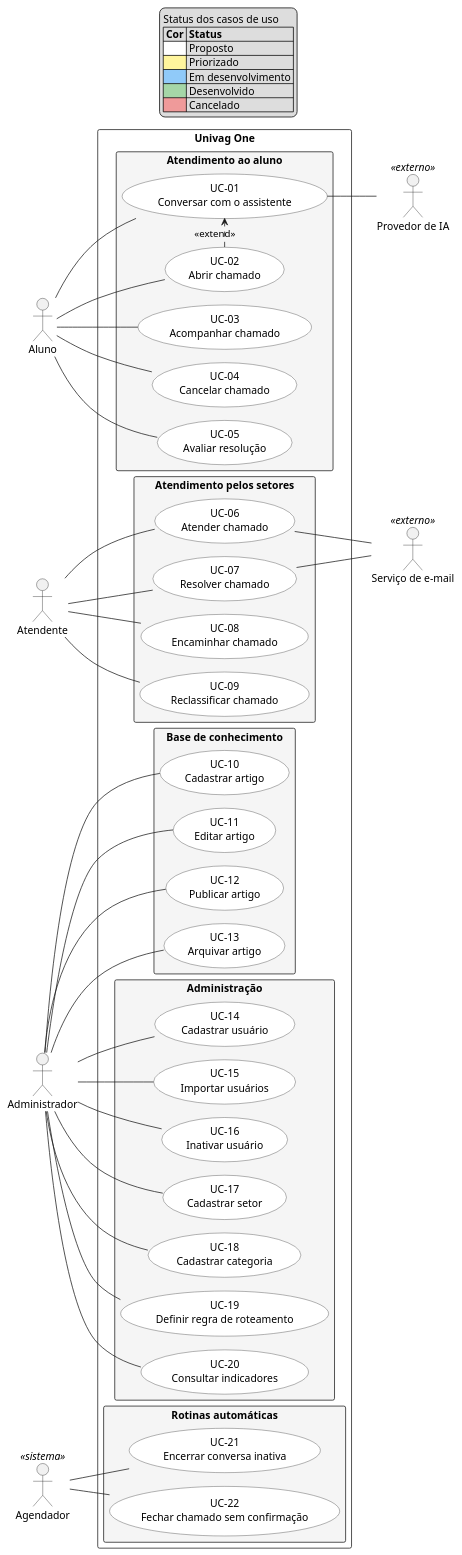
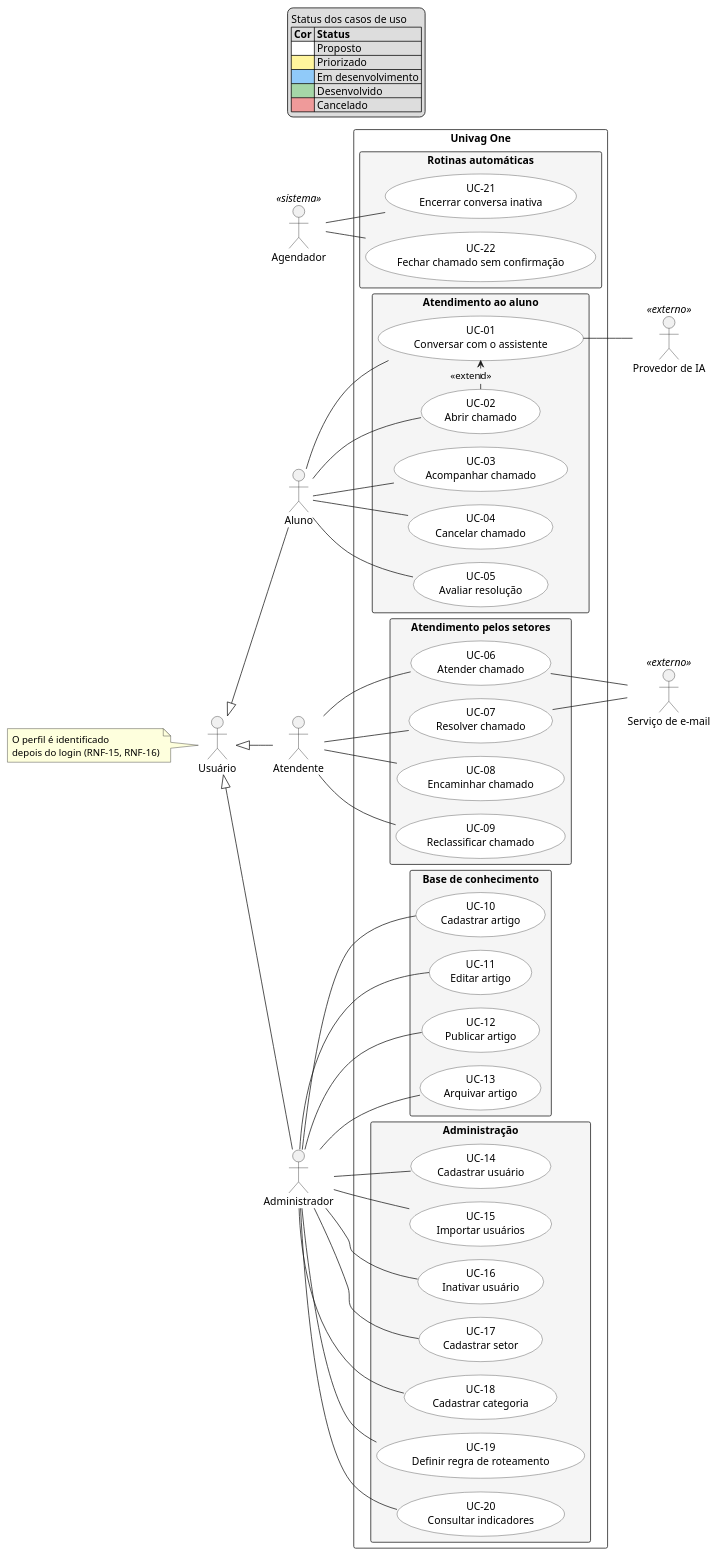
Before and after one commit to Bitforgee/One: the diagram in src/diagramas/casos-de-uso.puml, drawn with PlantUML. The commit also changed 13 other files, not shown here.

```diff
--- a/src/diagramas/casos-de-uso.puml
+++ b/src/diagramas/casos-de-uso.puml
@@ -1,92 +1,98 @@
 @startuml casos-de-uso
 !pragma layout smetana
 left to right direction
 skinparam packageStyle rectangle
 skinparam shadowing false
 skinparam usecase {
   BackgroundColor #FFFFFF
   BorderColor #333333
 }
 
 legend top
   Status dos casos de uso
   |= Cor |= Status |
   |<#FFFFFF>| Proposto |
   |<#FFF59D>| Priorizado |
   |<#90CAF9>| Em desenvolvimento |
   |<#A5D6A7>| Desenvolvido |
   |<#EF9A9A>| Cancelado |
 endlegend
 
+actor "Usuário" as Usuario
 actor Aluno
 actor Atendente
 actor Administrador
 actor "Provedor de IA" as IA <<externo>>
 actor "Serviço de e-mail" as Email <<externo>>
 actor Agendador <<sistema>>
 
 rectangle "Univag One" {
   package "Atendimento ao aluno" #F5F5F5 {
     usecase "UC-01\nConversar com o assistente" as UC01
     usecase "UC-02\nAbrir chamado" as UC02
     usecase "UC-03\nAcompanhar chamado" as UC03
     usecase "UC-04\nCancelar chamado" as UC04
     usecase "UC-05\nAvaliar resolução" as UC05
   }
   package "Atendimento pelos setores" #F5F5F5 {
     usecase "UC-06\nAtender chamado" as UC06
     usecase "UC-07\nResolver chamado" as UC07
     usecase "UC-08\nEncaminhar chamado" as UC08
     usecase "UC-09\nReclassificar chamado" as UC09
   }
   package "Base de conhecimento" #F5F5F5 {
     usecase "UC-10\nCadastrar artigo" as UC10
     usecase "UC-11\nEditar artigo" as UC11
     usecase "UC-12\nPublicar artigo" as UC12
     usecase "UC-13\nArquivar artigo" as UC13
   }
   package "Administração" #F5F5F5 {
     usecase "UC-14\nCadastrar usuário" as UC14
     usecase "UC-15\nImportar usuários" as UC15
     usecase "UC-16\nInativar usuário" as UC16
     usecase "UC-17\nCadastrar setor" as UC17
     usecase "UC-18\nCadastrar categoria" as UC18
     usecase "UC-19\nDefinir regra de roteamento" as UC19
     usecase "UC-20\nConsultar indicadores" as UC20
   }
   package "Rotinas automáticas" #F5F5F5 {
     usecase "UC-21\nEncerrar conversa inativa" as UC21
     usecase "UC-22\nFechar chamado sem confirmação" as UC22
   }
 }
 
 Aluno -- UC01
 Aluno -- UC02
 Aluno -- UC03
 Aluno -- UC04
 Aluno -- UC05
 UC02 .> UC01 : <<extend>>
 UC01 -- IA
 
 Atendente -- UC06
 Atendente -- UC07
 Atendente -- UC08
 Atendente -- UC09
 UC06 -- Email
 UC07 -- Email
 
 Administrador -- UC10
 Administrador -- UC11
 Administrador -- UC12
 Administrador -- UC13
 Administrador -- UC14
 Administrador -- UC15
 Administrador -- UC16
 Administrador -- UC17
 Administrador -- UC18
 Administrador -- UC19
 Administrador -- UC20
 
 Agendador -- UC21
 Agendador -- UC22
+
+Usuario <|-- Aluno
+Usuario <|-- Atendente
+Usuario <|-- Administrador
+note left of Usuario : O perfil é identificado\ndepois do login (RNF-15, RNF-16)
 @enduml
```
